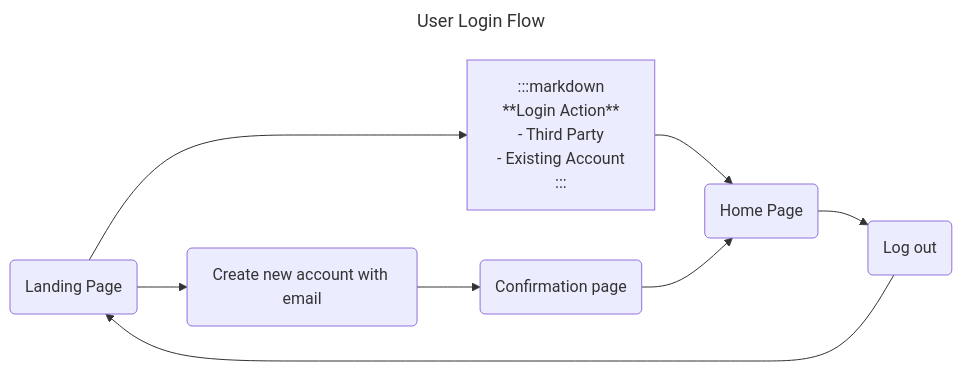
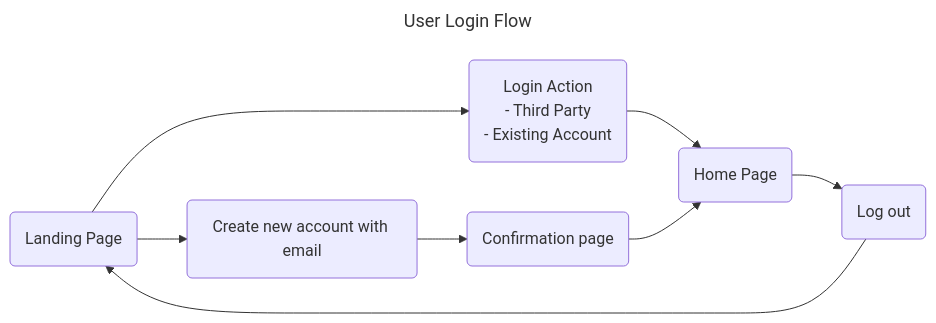
The diagram in README.md (Brandontzhang/daily-tokens), drawn with Mermaid before and after one commit.

Commit message:
Revert user flow diagram changes

````diff
--- a/README.md
+++ b/README.md
@@ -20,23 +20,21 @@
   ```mermaid
   ---
   title: User Login Flow
   --- 
   flowchart LR
       A(Landing Page)
-      B[":::markdown
-      **Login Action**
+      B("Login Action
       - Third Party
-      - Existing Account
-      :::"]
+      - Existing Account")
       C(Home Page)
       D(Log out)
       E(Create new account with email)
       F(Confirmation page)
       A --> B
       B --> C
       C --> D
       A --> E
       E --> F
       F --> C
       D --> A
    ```
````
